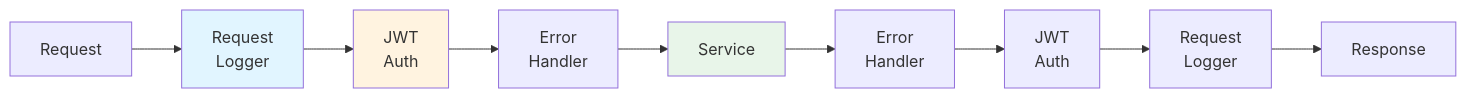
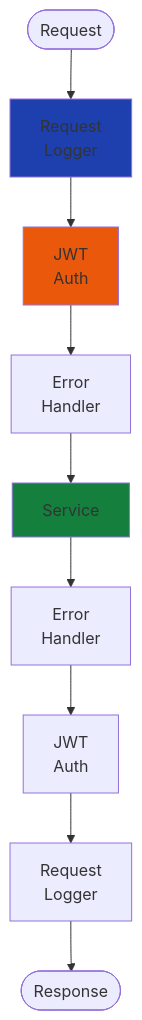
The seventh of 8 diagrams in docs/features/integrations/grpc/concepts.md (markolofsen/django-cfg), drawn with Mermaid before and after one commit. The commit also changed other lines of this file and 10 other files, not shown here.

````diff
--- a/docs/features/integrations/grpc/concepts.md
+++ b/docs/features/integrations/grpc/concepts.md
@@ -287,15 +287,15 @@
 ```mermaid
-graph LR
-    Request[Request] --> I1[Request<br/>Logger]
+graph TB
+    Request([Request]) --> I1[Request<br/>Logger]
     I1 --> I2[JWT<br/>Auth]
     I2 --> I3[Error<br/>Handler]
     I3 --> Service[Service]
     Service --> I3b[Error<br/>Handler]
     I3b --> I2b[JWT<br/>Auth]
     I2b --> I1b[Request<br/>Logger]
-    I1b --> Response[Response]
+    I1b --> Response([Response])
 
-    style I1 fill:#e1f5ff
-    style I2 fill:#fff3e0
-    style Service fill:#e8f5e9
+    style I1 fill:#1e40af
+    style I2 fill:#ea580c
+    style Service fill:#15803d
 ```
````
